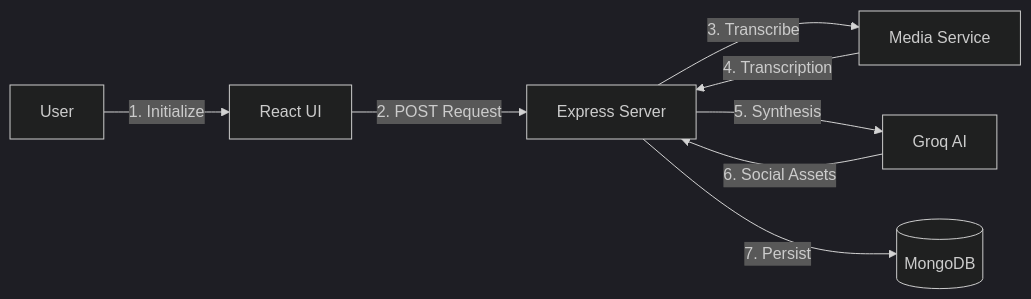
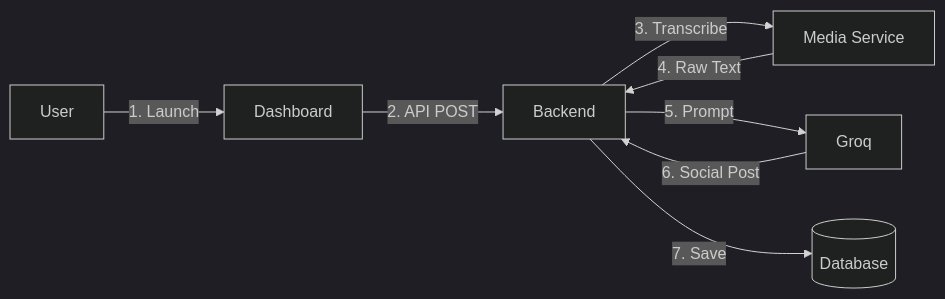
One commit to naresh-rn/echoly changed diagram 12 of 20 in ALL_DIAGRAMS.md. Above: the diagram before and after it, drawn with Mermaid (dark theme). The commit also changed other lines of this file and 1 other file, not shown here.

Commit message:
docs: repair diagram rendering and finalize comprehensive architecture dossier

````diff
--- a/ALL_DIAGRAMS.md
+++ b/ALL_DIAGRAMS.md
@@ -308,10 +307,10 @@
 ```mermaid
-graph LR
-    User -- "1. Initialize" --> UI[React UI]
-    UI -- "2. POST Request" --> Svr[Express Server]
-    Svr -- "3. Transcribe" --> Media[Media Service]
-    Media -- "4. Transcription" --> Svr
-    Svr -- "5. Synthesis" --> AI[Groq AI]
-    AI -- "6. Social Assets" --> Svr
-    Svr -- "7. Persist" --> DB[(MongoDB)]
+flowchart LR
+    U[User] -- "1. Launch" --> UI[Dashboard]
+    UI -- "2. API POST" --> BE[Backend]
+    BE -- "3. Transcribe" --> MS[Media Service]
+    MS -- "4. Raw Text" --> BE
+    BE -- "5. Prompt" --> AI[Groq]
+    AI -- "6. Social Post" --> BE
+    BE -- "7. Save" --> DB[(Database)]
 ```
````
